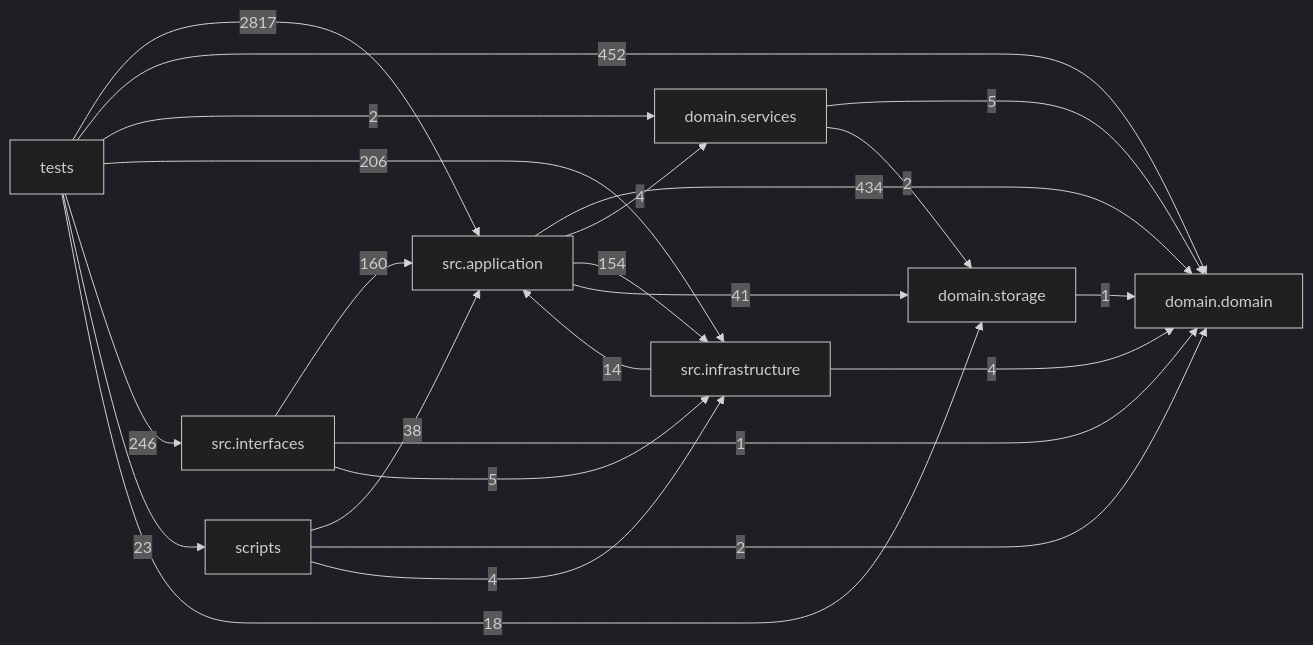
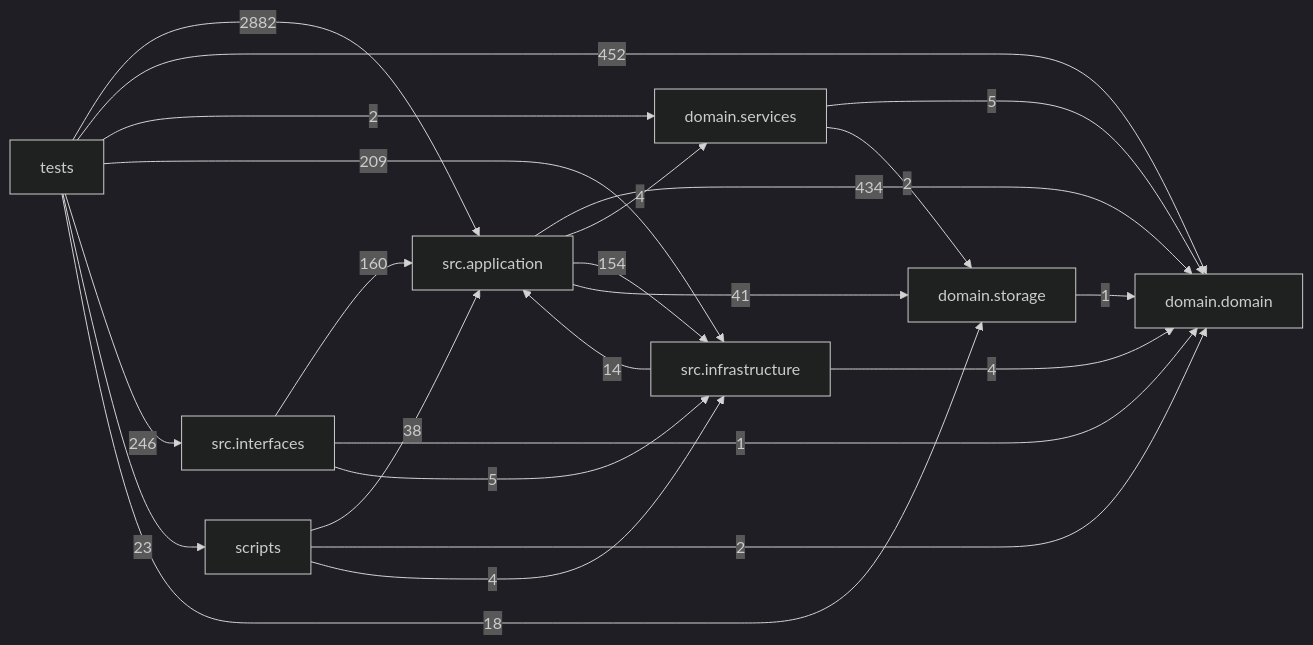
The diagram in docs/DEPENDENCY_GRAPH.md (liuxie066/options-monitor), drawn with Mermaid (dark theme) before and after one commit. The commit also changed other lines of this file and 54 other files, not shown here.

````diff
--- a/docs/DEPENDENCY_GRAPH.md
+++ b/docs/DEPENDENCY_GRAPH.md
@@ -24,33 +24,33 @@
 ```mermaid
 flowchart LR
   tests["tests"]
   scripts["scripts"]
   interfaces["src.interfaces"]
   application["src.application"]
   infrastructure["src.infrastructure"]
   domain_services["domain.services"]
   domain["domain.domain"]
   storage["domain.storage"]
   application -->|434| domain
   application -->|4| domain_services
   application -->|154| infrastructure
   application -->|41| storage
   domain_services -->|5| domain
   domain_services -->|2| storage
   infrastructure -->|14| application
   infrastructure -->|4| domain
   interfaces -->|160| application
   interfaces -->|1| domain
   interfaces -->|5| infrastructure
   scripts -->|38| application
   scripts -->|2| domain
   scripts -->|4| infrastructure
   storage -->|1| domain
-  tests -->|2817| application
+  tests -->|2882| application
   tests -->|452| domain
   tests -->|2| domain_services
-  tests -->|206| infrastructure
+  tests -->|209| infrastructure
   tests -->|246| interfaces
   tests -->|23| scripts
   tests -->|18| storage
 ```
````
